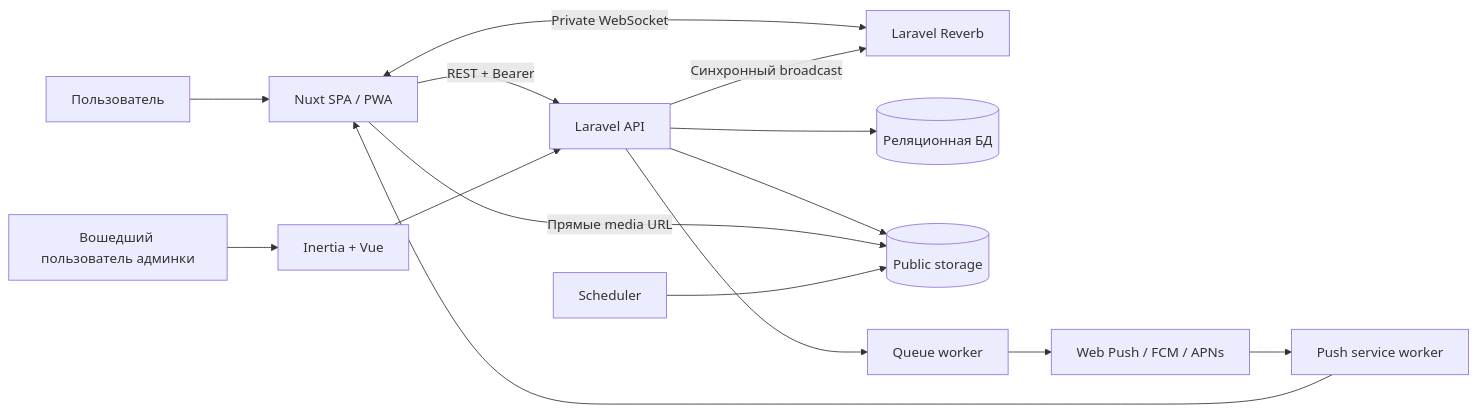
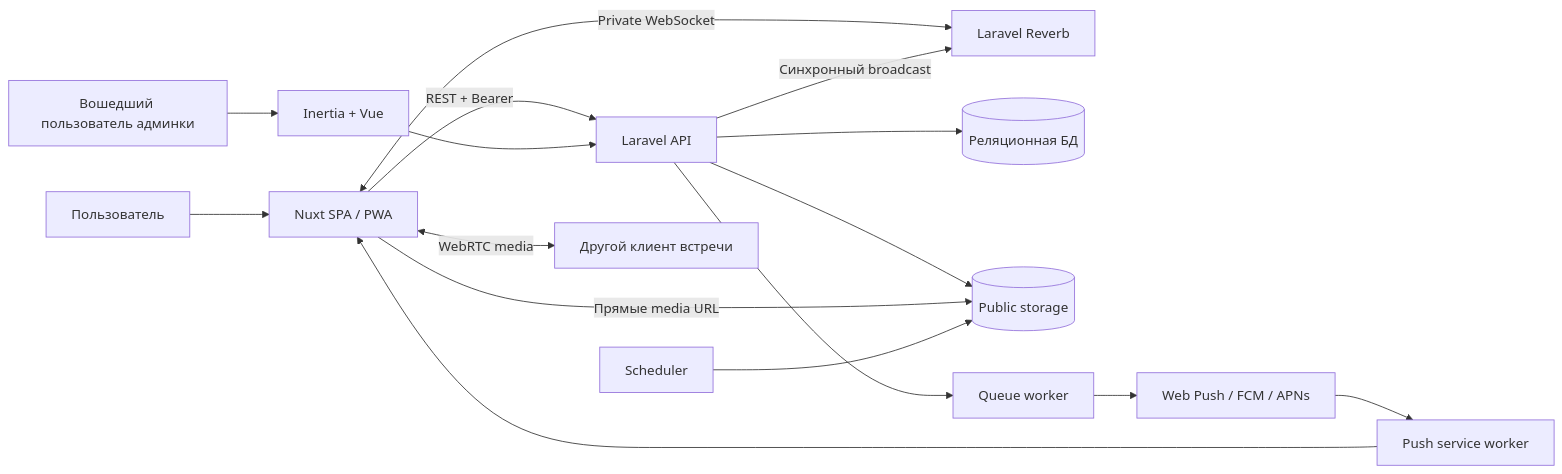
The first of 3 diagrams in docs/project/architecture.md (qaraqoishyabbas/octo), drawn with Mermaid before and after one commit. The commit also changed other lines of this file and 13 other files, not shown here.

````diff
--- a/docs/project/architecture.md
+++ b/docs/project/architecture.md
@@ -7,17 +7,18 @@
 ```mermaid
 flowchart LR
   U[Пользователь] --> W[Nuxt SPA / PWA]
   W -->|REST + Bearer| A[Laravel API]
   W <-->|Private WebSocket| R[Laravel Reverb]
   A -->|Синхронный broadcast| R
   A --> DB[(Реляционная БД)]
   A --> F[(Public storage)]
   W -->|Прямые media URL| F
   A --> Q[Queue worker]
   Q --> P[Web Push / FCM / APNs]
   P --> SW[Push service worker]
   SW --> W
   O[Вошедший пользователь админки] --> AD[Inertia + Vue]
   AD --> A
   T[Scheduler] --> F
+  W <-->|WebRTC media| W2[Другой клиент встречи]
 ```
````
